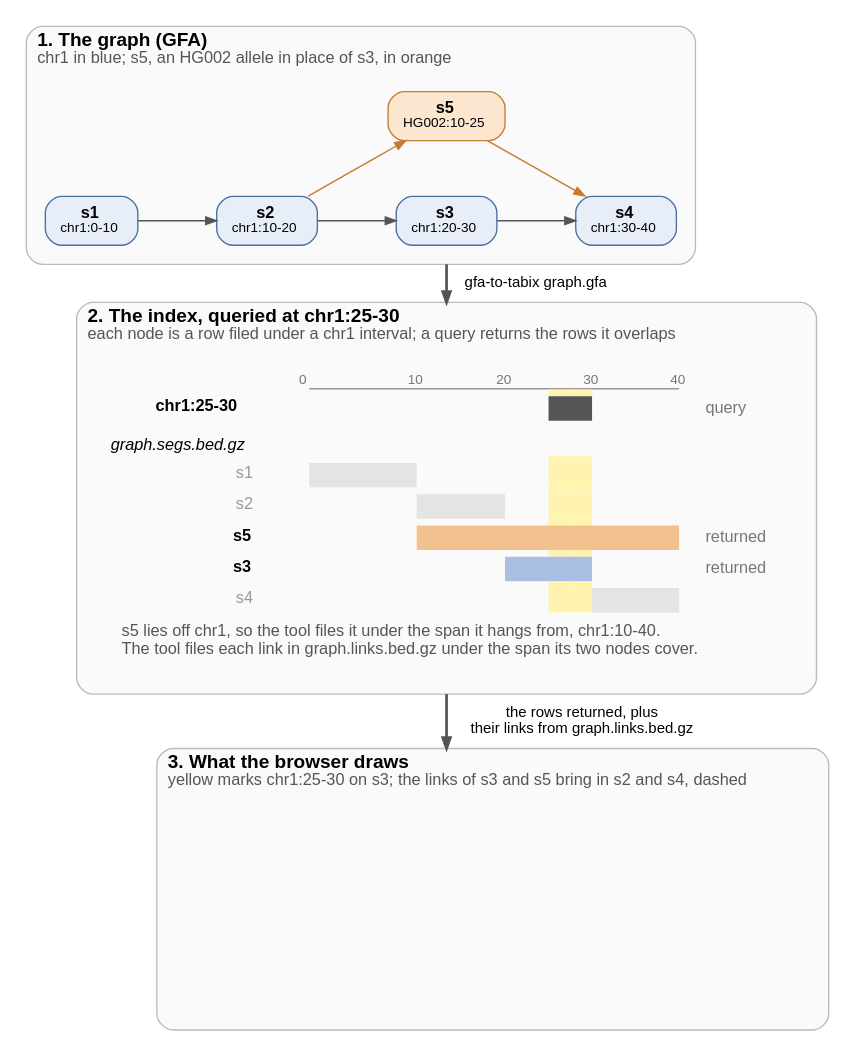
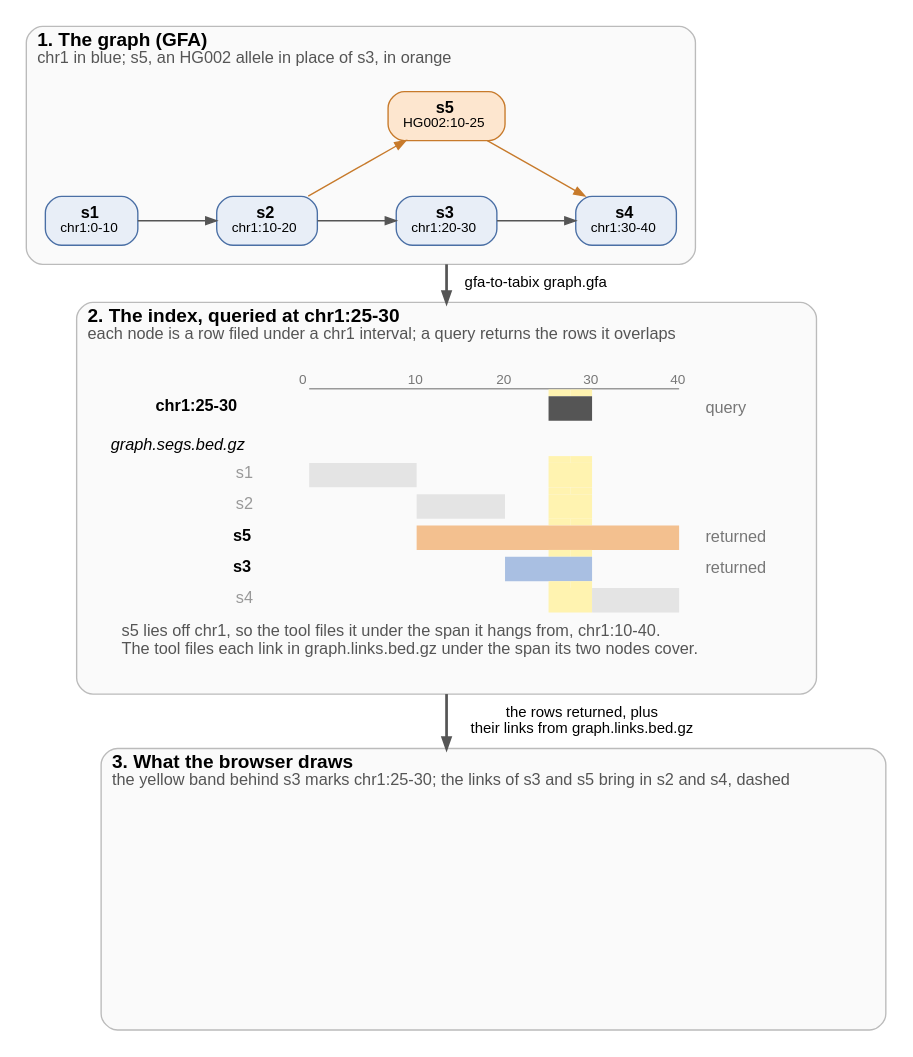
One commit to GMOD/gfa-to-tabix changed the diagram in docs/figures/overview.dot. Above: the diagram before and after it, drawn with Graphviz. The commit also changed 7 other files, not shown here.

First line of the commit message:
README: cut to a quick start; mark the query with a band behind s3

```diff
--- a/docs/figures/overview.dot
+++ b/docs/figures/overview.dot
@@ -1,73 +1,73 @@
 // scripts/figures.py fills the marked rows from the tool's output and draws this figure
 digraph overview {
   bgcolor="white"
   fontname="Helvetica"
   newrank=true
   compound=true
   nodesep=0.4
   ranksep=0.55
   node [fontname="Helvetica", fontsize=12, shape=box, style="filled,rounded", fillcolor="#e8eef7", color="#4a6fa5", margin="0.15,0.06"]
   edge [fontname="Helvetica", fontsize=11, color="#555555", arrowsize=0.8]
 
   subgraph {
     graph [labeljust=l, fontsize=14, color="#bbbbbb", style="rounded,filled", fillcolor="#fafafa", margin=14]
 
     subgraph cluster_graph {
       label=<<B>1. The graph (GFA)</B><BR ALIGN="LEFT"/><FONT POINT-SIZE="12" COLOR="#555555">chr1 in blue; s5, an HG002 allele in place of s3, in orange</FONT><BR ALIGN="LEFT"/>>
       // begin graph
       s1 [label=<<B>s1</B><BR/><FONT POINT-SIZE="10">chr1:0-10</FONT>>]
       s2 [label=<<B>s2</B><BR/><FONT POINT-SIZE="10">chr1:10-20</FONT>>]
       s3 [label=<<B>s3</B><BR/><FONT POINT-SIZE="10">chr1:20-30</FONT>>]
       s4 [label=<<B>s4</B><BR/><FONT POINT-SIZE="10">chr1:30-40</FONT>>]
       s5 [label=<<B>s5</B><BR/><FONT POINT-SIZE="10">HG002:10-25</FONT>>, fillcolor="#fde6cf", color="#c77a2b"]
       {rank=same; s1; s2; s3; s4}
       s1 -> s2 [weight=20]
       s2 -> s3 [weight=20]
       s2 -> s5 [color="#c77a2b", constraint=false]
       s3 -> s4 [weight=20]
       s5 -> s4 [color="#c77a2b", constraint=false]
       s5 -> s3 [style=invis, weight=20]
       // end graph
     }
 
     subgraph cluster_query {
       label=<<B>2. The index, queried at chr1:25-30</B><BR ALIGN="LEFT"/><FONT POINT-SIZE="12" COLOR="#555555">each node is a row filed under a chr1 interval; a query returns the rows it overlaps</FONT><BR ALIGN="LEFT"/>>
       hits [shape=plaintext, style="", label=<
         <TABLE BORDER="0" CELLBORDER="0" CELLSPACING="0" CELLPADDING="0">
           <!-- begin lanes -->
           <TR><TD></TD><TD WIDTH="16"></TD><TD WIDTH="16"></TD><TD WIDTH="16"></TD><TD WIDTH="16"></TD><TD WIDTH="16"></TD><TD WIDTH="16"></TD><TD WIDTH="16"></TD><TD WIDTH="16"></TD><TD WIDTH="16"></TD><TD WIDTH="16"></TD><TD WIDTH="16"></TD><TD WIDTH="16"></TD><TD WIDTH="16"></TD><TD WIDTH="16"></TD><TD WIDTH="16"></TD><TD WIDTH="16"></TD><TD WIDTH="16"></TD><TD WIDTH="16"></TD><TD></TD></TR>
           <TR><TD></TD><TD COLSPAN="2"><FONT POINT-SIZE="10" COLOR="#777777">0</FONT></TD><TD COLSPAN="2"></TD><TD COLSPAN="2"><FONT POINT-SIZE="10" COLOR="#777777">10</FONT></TD><TD COLSPAN="2"></TD><TD COLSPAN="2"><FONT POINT-SIZE="10" COLOR="#777777">20</FONT></TD><TD COLSPAN="2"></TD><TD COLSPAN="2"><FONT POINT-SIZE="10" COLOR="#777777">30</FONT></TD><TD COLSPAN="2"></TD><TD COLSPAN="2"><FONT POINT-SIZE="10" COLOR="#777777">40</FONT></TD><TD></TD></TR>
           <TR><TD HEIGHT="1"></TD><TD></TD><TD COLSPAN="16" BGCOLOR="#999999"></TD><TD></TD><TD></TD></TR>
           <TR><TD HEIGHT="5"></TD><TD></TD><TD></TD><TD></TD><TD></TD><TD></TD><TD></TD><TD></TD><TD></TD><TD></TD><TD></TD><TD></TD><TD BGCOLOR="#fff3b0"></TD><TD BGCOLOR="#fff3b0"></TD><TD></TD><TD></TD><TD></TD><TD></TD><TD></TD><TD></TD></TR>
           <TR><TD ALIGN="RIGHT" HEIGHT="18"><B>chr1:25-30</B>  </TD><TD></TD><TD COLSPAN="10"></TD><TD COLSPAN="2" BGCOLOR="#555555"></TD><TD COLSPAN="4"></TD><TD></TD><TD ALIGN="LEFT"><FONT POINT-SIZE="12" COLOR="#777777">  query</FONT></TD></TR>
           <TR><TD COLSPAN="20" ALIGN="LEFT" HEIGHT="26" VALIGN="BOTTOM"><I>graph.segs.bed.gz</I></TD></TR>
           <TR><TD HEIGHT="5"></TD><TD></TD><TD></TD><TD></TD><TD></TD><TD></TD><TD></TD><TD></TD><TD></TD><TD></TD><TD></TD><TD></TD><TD BGCOLOR="#fff3b0"></TD><TD BGCOLOR="#fff3b0"></TD><TD></TD><TD></TD><TD></TD><TD></TD><TD></TD><TD></TD></TR>
           <TR><TD ALIGN="RIGHT" HEIGHT="18"><FONT COLOR="#999999">s1</FONT>  </TD><TD></TD><TD COLSPAN="4" BGCOLOR="#e4e4e4"></TD><TD COLSPAN="6"></TD><TD COLSPAN="2" BGCOLOR="#fff3b0"></TD><TD COLSPAN="4"></TD><TD></TD><TD ALIGN="LEFT"></TD></TR>
           <TR><TD HEIGHT="5"></TD><TD></TD><TD></TD><TD></TD><TD></TD><TD></TD><TD></TD><TD></TD><TD></TD><TD></TD><TD></TD><TD></TD><TD BGCOLOR="#fff3b0"></TD><TD BGCOLOR="#fff3b0"></TD><TD></TD><TD></TD><TD></TD><TD></TD><TD></TD><TD></TD></TR>
           <TR><TD ALIGN="RIGHT" HEIGHT="18"><FONT COLOR="#999999">s2</FONT>  </TD><TD></TD><TD COLSPAN="4"></TD><TD COLSPAN="4" BGCOLOR="#e4e4e4"></TD><TD COLSPAN="2"></TD><TD COLSPAN="2" BGCOLOR="#fff3b0"></TD><TD COLSPAN="4"></TD><TD></TD><TD ALIGN="LEFT"></TD></TR>
           <TR><TD HEIGHT="5"></TD><TD></TD><TD></TD><TD></TD><TD></TD><TD></TD><TD></TD><TD></TD><TD></TD><TD></TD><TD></TD><TD></TD><TD BGCOLOR="#fff3b0"></TD><TD BGCOLOR="#fff3b0"></TD><TD></TD><TD></TD><TD></TD><TD></TD><TD></TD><TD></TD></TR>
           <TR><TD ALIGN="RIGHT" HEIGHT="18"><B>s5</B>  </TD><TD></TD><TD COLSPAN="4"></TD><TD COLSPAN="12" BGCOLOR="#f3c08f"></TD><TD></TD><TD ALIGN="LEFT"><FONT POINT-SIZE="12" COLOR="#777777">  returned</FONT></TD></TR>
           <TR><TD HEIGHT="5"></TD><TD></TD><TD></TD><TD></TD><TD></TD><TD></TD><TD></TD><TD></TD><TD></TD><TD></TD><TD></TD><TD></TD><TD BGCOLOR="#fff3b0"></TD><TD BGCOLOR="#fff3b0"></TD><TD></TD><TD></TD><TD></TD><TD></TD><TD></TD><TD></TD></TR>
           <TR><TD ALIGN="RIGHT" HEIGHT="18"><B>s3</B>  </TD><TD></TD><TD COLSPAN="8"></TD><TD COLSPAN="4" BGCOLOR="#a9bfe2"></TD><TD COLSPAN="4"></TD><TD></TD><TD ALIGN="LEFT"><FONT POINT-SIZE="12" COLOR="#777777">  returned</FONT></TD></TR>
           <TR><TD HEIGHT="5"></TD><TD></TD><TD></TD><TD></TD><TD></TD><TD></TD><TD></TD><TD></TD><TD></TD><TD></TD><TD></TD><TD></TD><TD BGCOLOR="#fff3b0"></TD><TD BGCOLOR="#fff3b0"></TD><TD></TD><TD></TD><TD></TD><TD></TD><TD></TD><TD></TD></TR>
           <TR><TD ALIGN="RIGHT" HEIGHT="18"><FONT COLOR="#999999">s4</FONT>  </TD><TD></TD><TD COLSPAN="10"></TD><TD COLSPAN="2" BGCOLOR="#fff3b0"></TD><TD COLSPAN="4" BGCOLOR="#e4e4e4"></TD><TD></TD><TD ALIGN="LEFT"></TD></TR>
           <!-- end lanes -->
           <!-- begin caption -->
           <TR><TD BORDER="0" CELLPADDING="8" COLSPAN="20" ALIGN="LEFT" BALIGN="LEFT"><FONT POINT-SIZE="12" COLOR="#555555">s5 lies off chr1, so the tool files it under the span it hangs from, chr1:10-40.<BR/>The tool files each link in graph.links.bed.gz under the span its two nodes cover.</FONT></TD></TR>
           <!-- end caption -->
         </TABLE>>]
     }
 
     subgraph cluster_drawn {
-      label=<<B>3. What the browser draws</B><BR ALIGN="LEFT"/><FONT POINT-SIZE="12" COLOR="#555555">yellow marks chr1:25-30 on s3; the links of s3 and s5 bring in s2 and s4, dashed</FONT><BR ALIGN="LEFT"/>>
+      label=<<B>3. What the browser draws</B><BR ALIGN="LEFT"/><FONT POINT-SIZE="12" COLOR="#555555">the yellow band behind s3 marks chr1:25-30; the links of s3 and s5 bring in s2 and s4, dashed</FONT><BR ALIGN="LEFT"/>>
       // begin drawn
       drawn [shape=box, style="", color=transparent, label="", fixedsize=true, width=5.29, height=2.02]
       // end drawn
     }
   }
 
   // begin arrows
   s3 -> hits [ltail=cluster_graph, lhead=cluster_query, label="  gfa-to-tabix graph.gfa", penwidth=2]
   hits -> drawn [ltail=cluster_query, lhead=cluster_drawn, label="  the rows returned, plus\n  their links from graph.links.bed.gz", penwidth=2]
   // end arrows
 }
```
